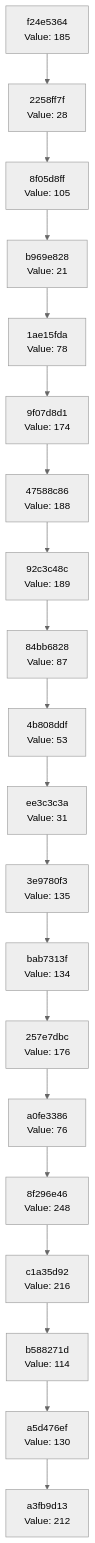
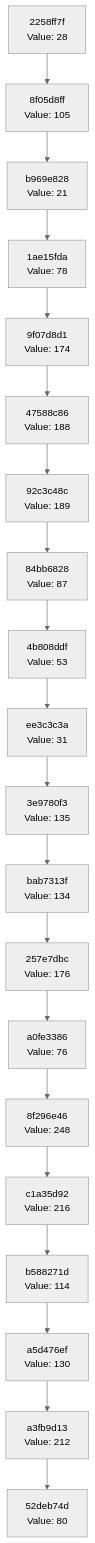
The diagram in docs/CHAIN_VISUALIZATION.md (Abhisheksinha1506/hash-chain-evolver), drawn with Mermaid (neutral theme) before and after one commit. The commit also changed 3 other files, not shown here.

````diff
--- a/docs/CHAIN_VISUALIZATION.md
+++ b/docs/CHAIN_VISUALIZATION.md
@@ -3,42 +3,42 @@
 ```mermaid
 graph TD
-    C0["a3fb9d13<br/>Value: 212"]
-    C1["a5d476ef<br/>Value: 130"]
+    C0["52deb74d<br/>Value: 80"]
+    C1["a3fb9d13<br/>Value: 212"]
     C1 --> C0
-    C2["b588271d<br/>Value: 114"]
+    C2["a5d476ef<br/>Value: 130"]
     C2 --> C1
-    C3["c1a35d92<br/>Value: 216"]
+    C3["b588271d<br/>Value: 114"]
     C3 --> C2
-    C4["8f296e46<br/>Value: 248"]
+    C4["c1a35d92<br/>Value: 216"]
     C4 --> C3
-    C5["a0fe3386<br/>Value: 76"]
+    C5["8f296e46<br/>Value: 248"]
     C5 --> C4
-    C6["257e7dbc<br/>Value: 176"]
+    C6["a0fe3386<br/>Value: 76"]
     C6 --> C5
-    C7["bab7313f<br/>Value: 134"]
+    C7["257e7dbc<br/>Value: 176"]
     C7 --> C6
-    C8["3e9780f3<br/>Value: 135"]
+    C8["bab7313f<br/>Value: 134"]
     C8 --> C7
-    C9["ee3c3c3a<br/>Value: 31"]
+    C9["3e9780f3<br/>Value: 135"]
     C9 --> C8
-    C10["4b808ddf<br/>Value: 53"]
+    C10["ee3c3c3a<br/>Value: 31"]
     C10 --> C9
-    C11["84bb6828<br/>Value: 87"]
+    C11["4b808ddf<br/>Value: 53"]
     C11 --> C10
-    C12["92c3c48c<br/>Value: 189"]
+    C12["84bb6828<br/>Value: 87"]
     C12 --> C11
-    C13["47588c86<br/>Value: 188"]
+    C13["92c3c48c<br/>Value: 189"]
     C13 --> C12
-    C14["9f07d8d1<br/>Value: 174"]
+    C14["47588c86<br/>Value: 188"]
     C14 --> C13
-    C15["1ae15fda<br/>Value: 78"]
+    C15["9f07d8d1<br/>Value: 174"]
     C15 --> C14
-    C16["b969e828<br/>Value: 21"]
+    C16["1ae15fda<br/>Value: 78"]
     C16 --> C15
-    C17["8f05d8ff<br/>Value: 105"]
+    C17["b969e828<br/>Value: 21"]
     C17 --> C16
-    C18["2258ff7f<br/>Value: 28"]
+    C18["8f05d8ff<br/>Value: 105"]
     C18 --> C17
-    C19["f24e5364<br/>Value: 185"]
+    C19["2258ff7f<br/>Value: 28"]
     C19 --> C18
 ```
````
